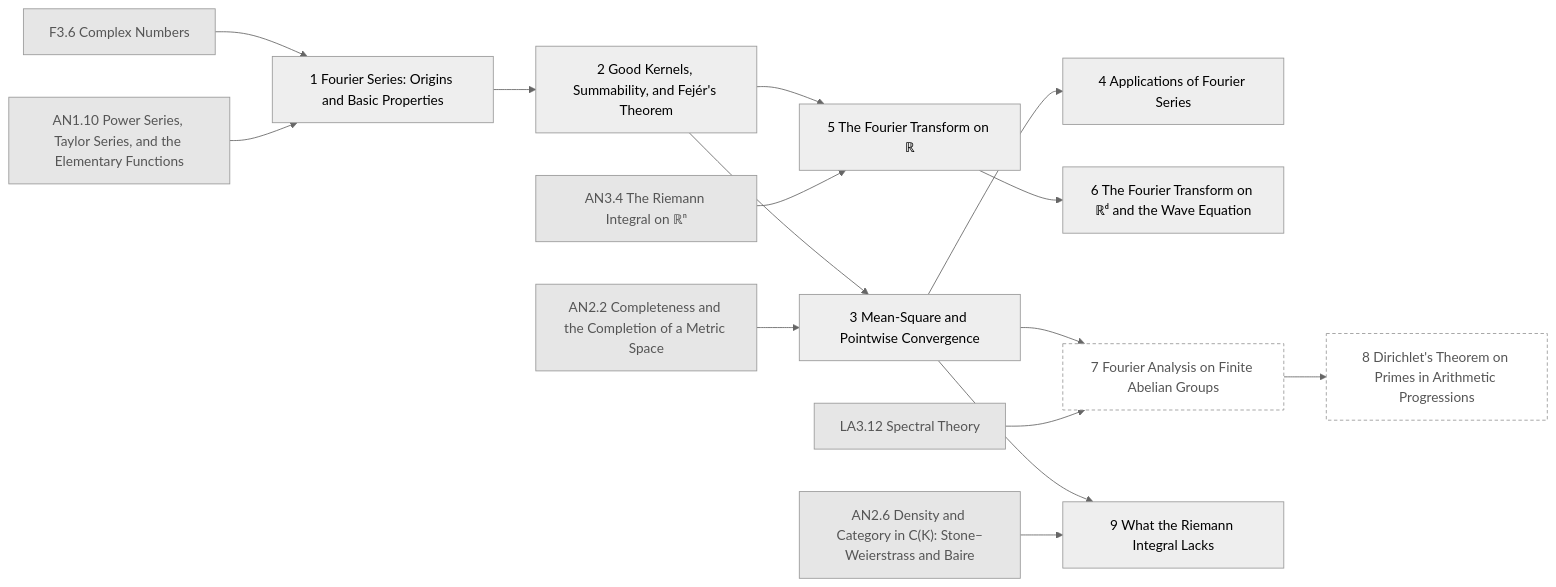
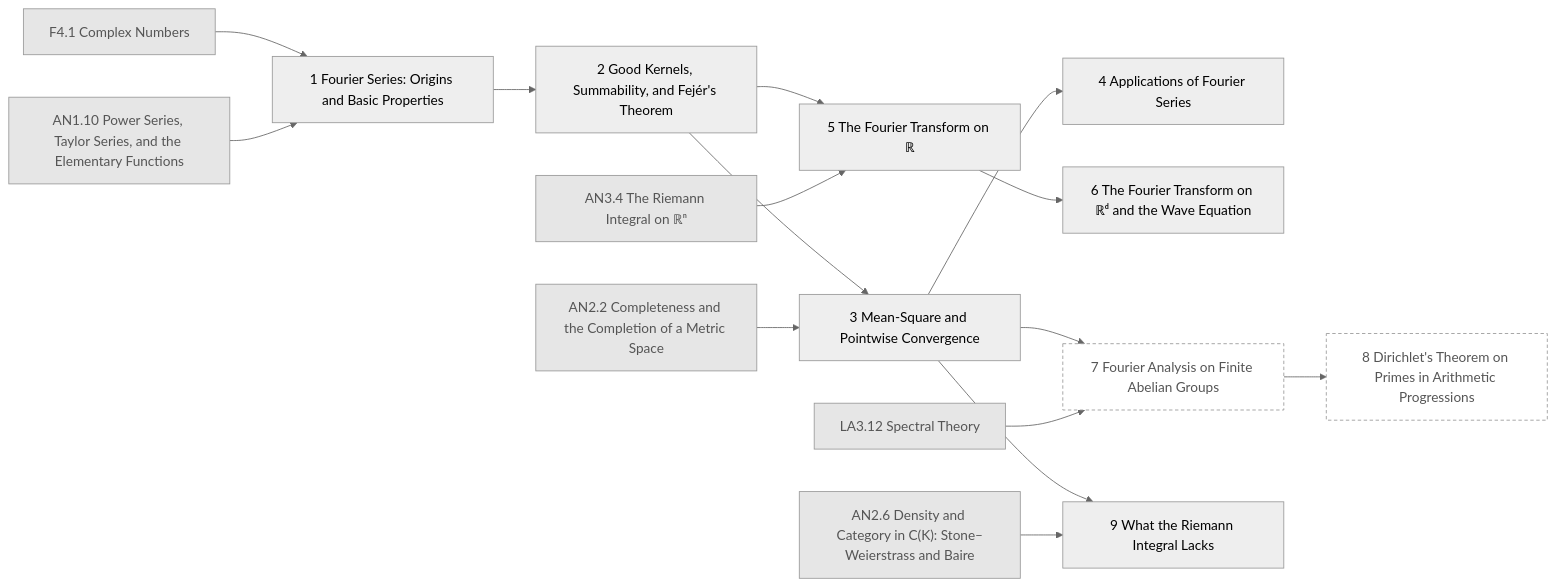
The diagram in generated/chapters/HA.mmd (AkizumiFox/math-atlas), drawn with Mermaid (neutral theme) before and after one commit. The commit also changed 24 other files, not shown here.

First line of the commit message:
Series and volumes: one volume per book; Foundations ends with R built from Cauchy sequences

```diff
--- a/generated/chapters/HA.mmd
+++ b/generated/chapters/HA.mmd
@@ -1,33 +1,33 @@
 flowchart LR
   AN1_10["AN1.10 Power Series, Taylor Series, and the Elementary Functions"]:::ext
-  F3_6["F3.6 Complex Numbers"]:::ext
+  F4_1["F4.1 Complex Numbers"]:::ext
   LA3_12["LA3.12 Spectral Theory"]:::ext
   AN2_2["AN2.2 Completeness and the Completion of a Metric Space"]:::ext
   AN2_6["AN2.6 Density and Category in C(K): Stone–Weierstrass and Baire"]:::ext
   AN3_4["AN3.4 The Riemann Integral on ℝⁿ"]:::ext
   HA_1["1 Fourier Series: Origins and Basic Properties"]
   HA_2["2 Good Kernels, Summability, and Fejér's Theorem"]
   HA_3["3 Mean-Square and Pointwise Convergence"]
   HA_4["4 Applications of Fourier Series"]
   HA_5["5 The Fourier Transform on ℝ"]
   HA_6["6 The Fourier Transform on ℝᵈ and the Wave Equation"]
   HA_7["7 Fourier Analysis on Finite Abelian Groups"]:::opt
   HA_8["8 Dirichlet's Theorem on Primes in Arithmetic Progressions"]:::opt
   HA_9["9 What the Riemann Integral Lacks"]
   AN1_10 --> HA_1
-  F3_6 --> HA_1
+  F4_1 --> HA_1
   HA_1 --> HA_2
   AN2_2 --> HA_3
   HA_2 --> HA_3
   HA_3 --> HA_4
   AN3_4 --> HA_5
   HA_2 --> HA_5
   HA_5 --> HA_6
   LA3_12 --> HA_7
   HA_3 --> HA_7
   HA_7 --> HA_8
   AN2_6 --> HA_9
   HA_3 --> HA_9
   classDef ext fill:#e6e6e6,stroke:#999,color:#555
   classDef opt fill:#fff,stroke:#999,stroke-dasharray:4 3,color:#555
   classDef segb fill:#f6f6fb,stroke:#99a,color:#333
```
